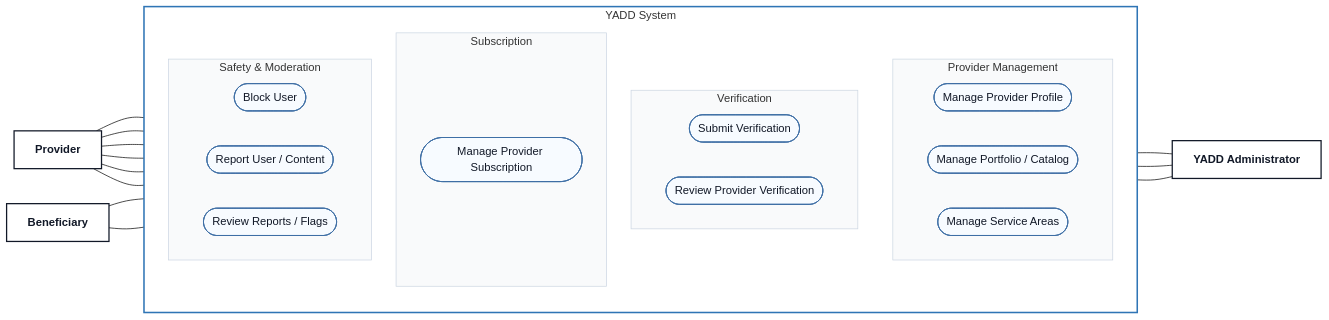
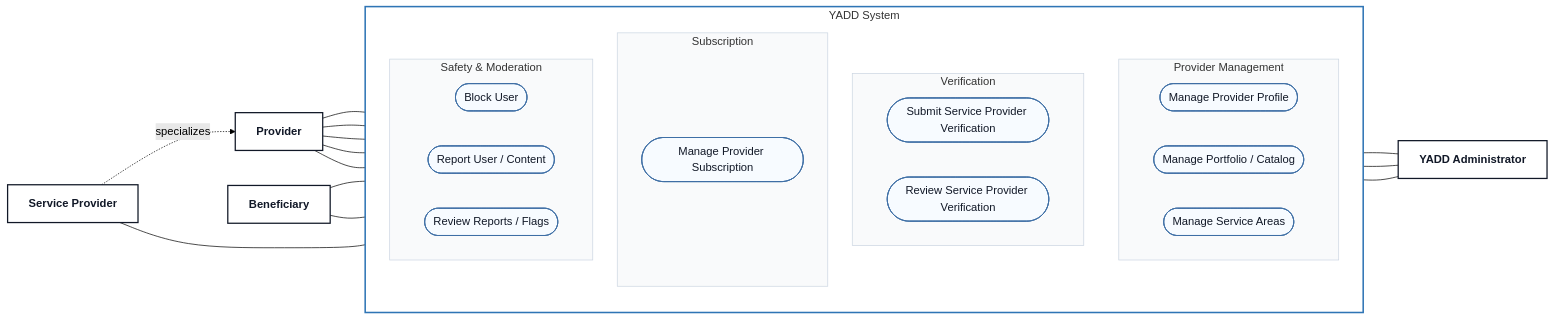
The diagram in diagrams/03-analysis/uml/use-case/04-provider-management-verification-safety.md (Yadd-SanaaUniversityGraduationProject/yadd), drawn with Mermaid (forest theme) before and after one commit. The commit also changed other lines of this file, not shown here.

Commit message:
uml: synchronize provider management use-case view through DEC-090

````diff
--- a/diagrams/03-analysis/uml/use-case/04-provider-management-verification-safety.md
+++ b/diagrams/03-analysis/uml/use-case/04-provider-management-verification-safety.md
@@ -17,58 +17,60 @@
 ```mermaid
 flowchart LR
     P["Provider"]:::actor
+    SP["Service Provider"]:::actor
 
     subgraph SYS["YADD System"]
         direction TB
 
         subgraph PROFILE["Provider Management"]
             direction LR
             MANAGE_PROFILE(["Manage Provider Profile"]):::usecase
             MANAGE_SHOWCASE(["Manage Portfolio / Catalog"]):::usecase
             MANAGE_AREAS(["Manage Service Areas"]):::usecase
         end
 
         subgraph VERIFY["Verification"]
             direction LR
-            SUBMIT_VERIFICATION(["Submit Verification"]):::usecase
-            REVIEW_VERIFICATION(["Review Provider Verification"]):::usecase
+            SUBMIT_VERIFICATION(["Submit Service Provider Verification"]):::usecase
+            REVIEW_VERIFICATION(["Review Service Provider Verification"]):::usecase
         end
 
         subgraph SUBSCRIPTION["Subscription"]
             MANAGE_SUBSCRIPTION(["Manage Provider Subscription"]):::usecase
         end
 
         subgraph SAFETY["Safety & Moderation"]
             direction LR
             BLOCK(["Block User"]):::usecase
             REPORT(["Report User / Content"]):::usecase
             REVIEW_REPORTS(["Review Reports / Flags"]):::usecase
         end
     end
 
     B["Beneficiary"]:::actor
     A["YADD Administrator"]:::actor
 
     P --- MANAGE_PROFILE
     P --- MANAGE_SHOWCASE
     P --- MANAGE_AREAS
-    P --- SUBMIT_VERIFICATION
+    SP --- SUBMIT_VERIFICATION
     P --- BLOCK
     P --- REPORT
+    SP -. specializes .-> P
 
     B --- BLOCK
     B --- REPORT
 
     REVIEW_VERIFICATION --- A
     MANAGE_SUBSCRIPTION --- A
     REVIEW_REPORTS --- A
 
     classDef actor fill:#FFFFFF,stroke:#111827,stroke-width:1.8px,color:#111827,font-weight:bold;
     classDef usecase fill:#F7FBFF,stroke:#3F6FA5,stroke-width:1.4px,color:#111827;
 
     style SYS fill:#FFFFFF,stroke:#2F75B5,stroke-width:2.2px
     style PROFILE fill:#F9FAFB,stroke:#CBD5E1,stroke-width:1px
     style VERIFY fill:#F9FAFB,stroke:#CBD5E1,stroke-width:1px
     style SUBSCRIPTION fill:#F9FAFB,stroke:#CBD5E1,stroke-width:1px
     style SAFETY fill:#F9FAFB,stroke:#CBD5E1,stroke-width:1px
 ```
````
